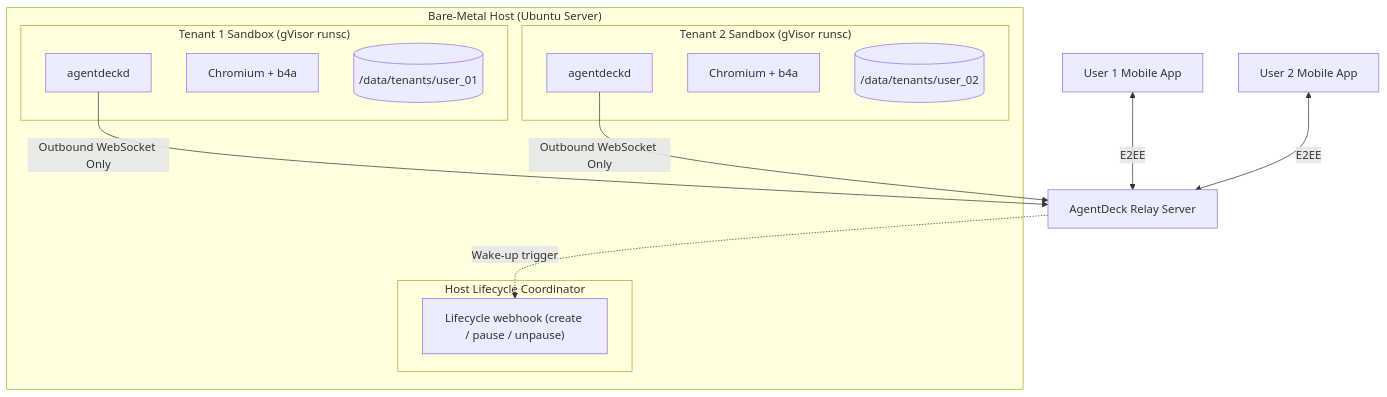
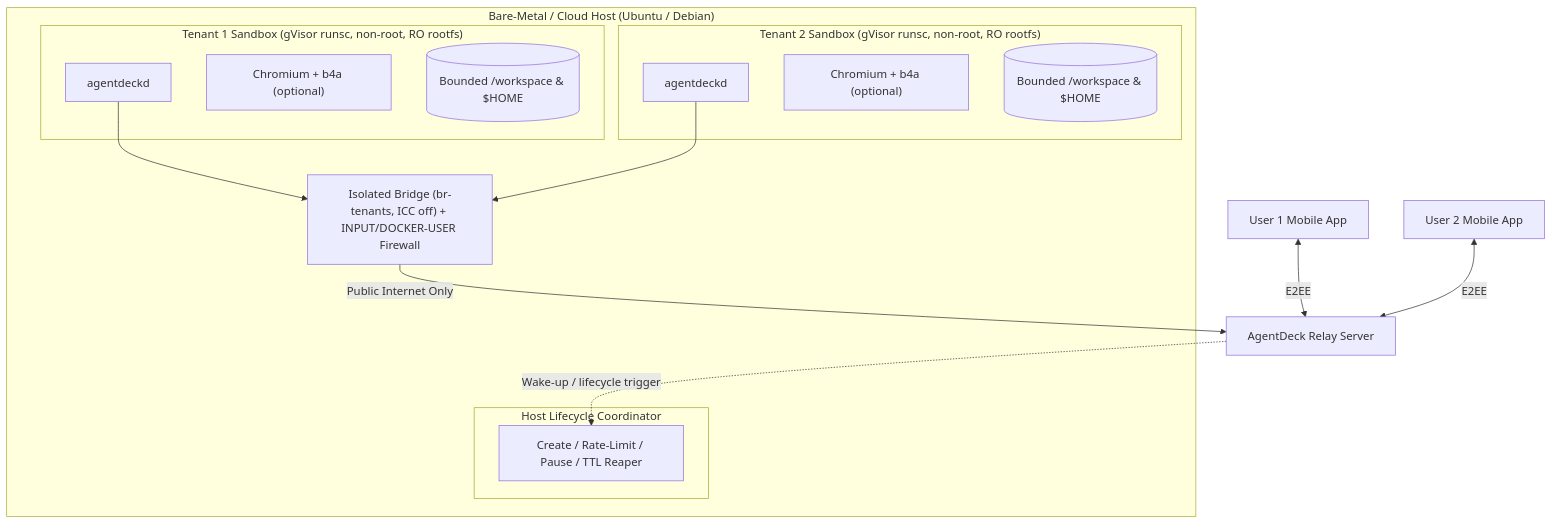
Before and after one commit to mantou132/AgentDeck: the diagram in docs/cloud-setup.md, drawn with Mermaid. The commit also changed other lines of this file, not shown here.

Commit message:
Harden multi-tenant sandbox guide in cloud-setup.md

````diff
--- a/docs/cloud-setup.md
+++ b/docs/cloud-setup.md
@@ -178,28 +200,30 @@
 ```mermaid
 flowchart TD
-    subgraph Host["Bare-Metal Host (Ubuntu Server)"]
+    subgraph Host["Bare-Metal / Cloud Host (Ubuntu / Debian)"]
         subgraph Scheduler["Host Lifecycle Coordinator"]
-            Ctrl["Lifecycle webhook (create / pause / unpause)"]
+            Ctrl["Create / Rate-Limit / Pause / TTL Reaper"]
         end
-        subgraph Sandbox1["Tenant 1 Sandbox (gVisor runsc)"]
+        FW["Isolated Bridge (br-tenants, ICC off) + INPUT/DOCKER-USER Firewall"]
+        subgraph Sandbox1["Tenant 1 Sandbox (gVisor runsc, non-root, RO rootfs)"]
             D1["agentdeckd"]
-            B1["Chromium + b4a"]
-            V1[("/data/tenants/user_01")]
+            B1["Chromium + b4a (optional)"]
+            V1[("Bounded /workspace & $HOME")]
         end
-        subgraph Sandbox2["Tenant 2 Sandbox (gVisor runsc)"]
+        subgraph Sandbox2["Tenant 2 Sandbox (gVisor runsc, non-root, RO rootfs)"]
             D2["agentdeckd"]
-            B2["Chromium + b4a"]
-            V2[("/data/tenants/user_02")]
+            B2["Chromium + b4a (optional)"]
+            V2[("Bounded /workspace & $HOME")]
         end
+        D1 --> FW
+        D2 --> FW
     end
 
     Relay["AgentDeck Relay Server"]
     Phone1["User 1 Mobile App"]
     Phone2["User 2 Mobile App"]
 
     Phone1 <-->|E2EE| Relay
     Phone2 <-->|E2EE| Relay
-    D1 -->|Outbound WebSocket Only| Relay
-    D2 -->|Outbound WebSocket Only| Relay
-    Relay -.->|Wake-up trigger| Ctrl
+    FW -->|Public Internet Only| Relay
+    Relay -.->|Wake-up / lifecycle trigger| Ctrl
 ```
````
